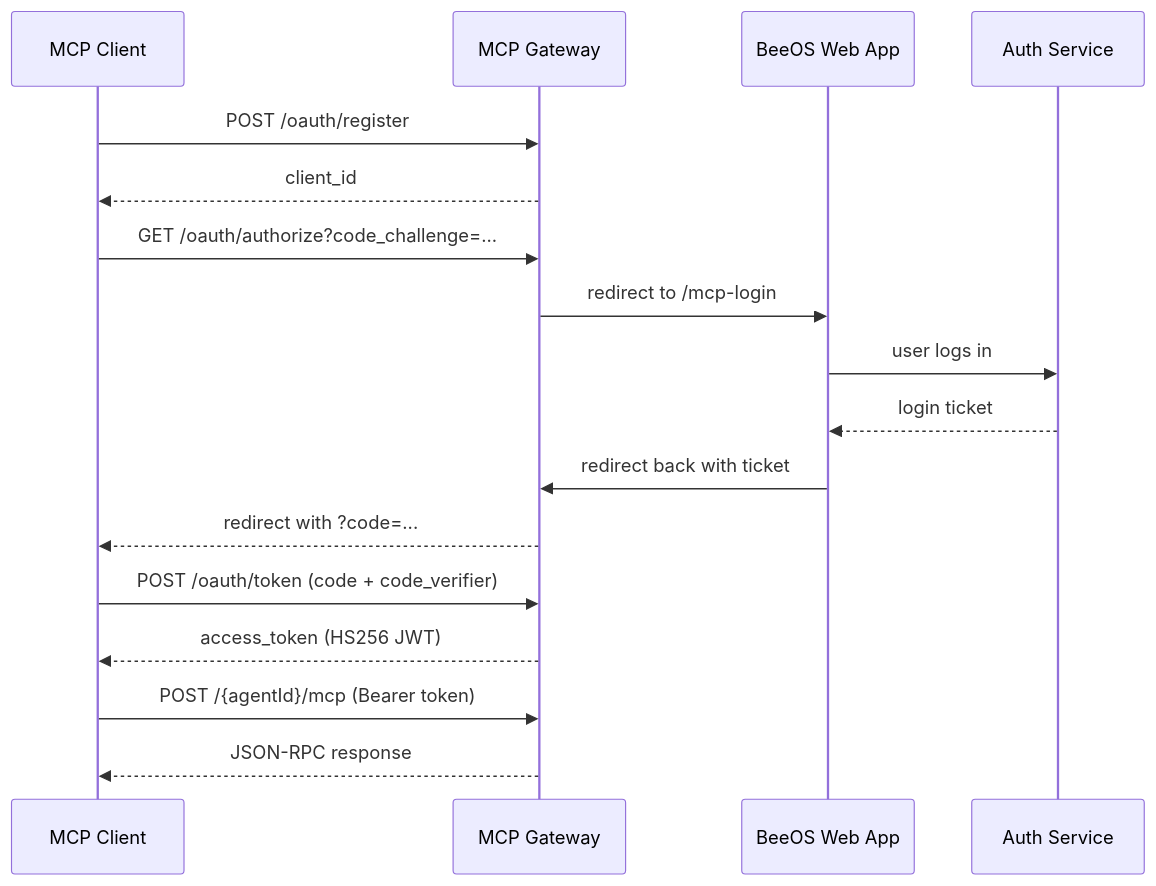
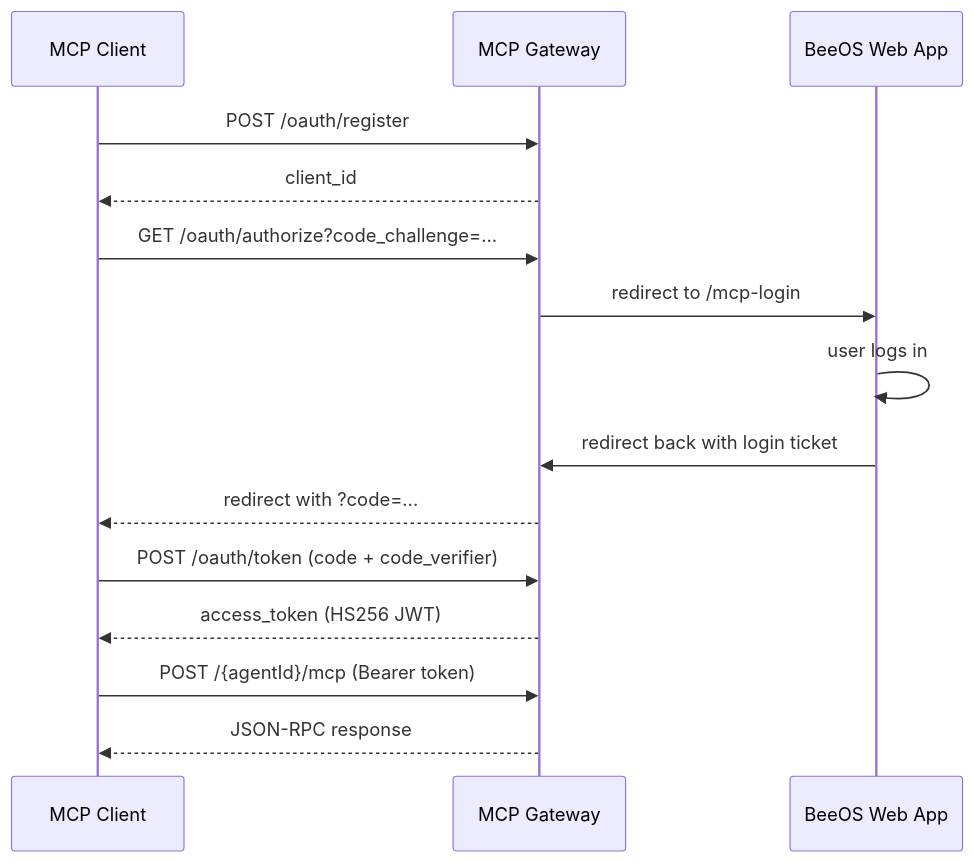
Before and after one commit to beeos-ai/beeos-docs: the diagram in authentication.mdx, drawn with Mermaid. The commit also changed other lines of this file and 20 other files, not shown here.

````diff
--- a/authentication.mdx
+++ b/authentication.mdx
@@ -82,23 +82,20 @@
 ```mermaid
 sequenceDiagram
     participant Client as MCP Client
     participant GW as MCP Gateway
     participant Web as BeeOS Web App
-    participant Auth as Auth Service
-
     Client->>GW: POST /oauth/register
     GW-->>Client: client_id
 
     Client->>GW: GET /oauth/authorize?code_challenge=...
     GW->>Web: redirect to /mcp-login
-    Web->>Auth: user logs in
-    Auth-->>Web: login ticket
-    Web->>GW: redirect back with ticket
+    Web->>Web: user logs in
+    Web->>GW: redirect back with login ticket
     GW-->>Client: redirect with ?code=...
 
     Client->>GW: POST /oauth/token (code + code_verifier)
     GW-->>Client: access_token (HS256 JWT)
 
     Client->>GW: POST /{agentId}/mcp (Bearer token)
     GW-->>Client: JSON-RPC response
 ```
````
